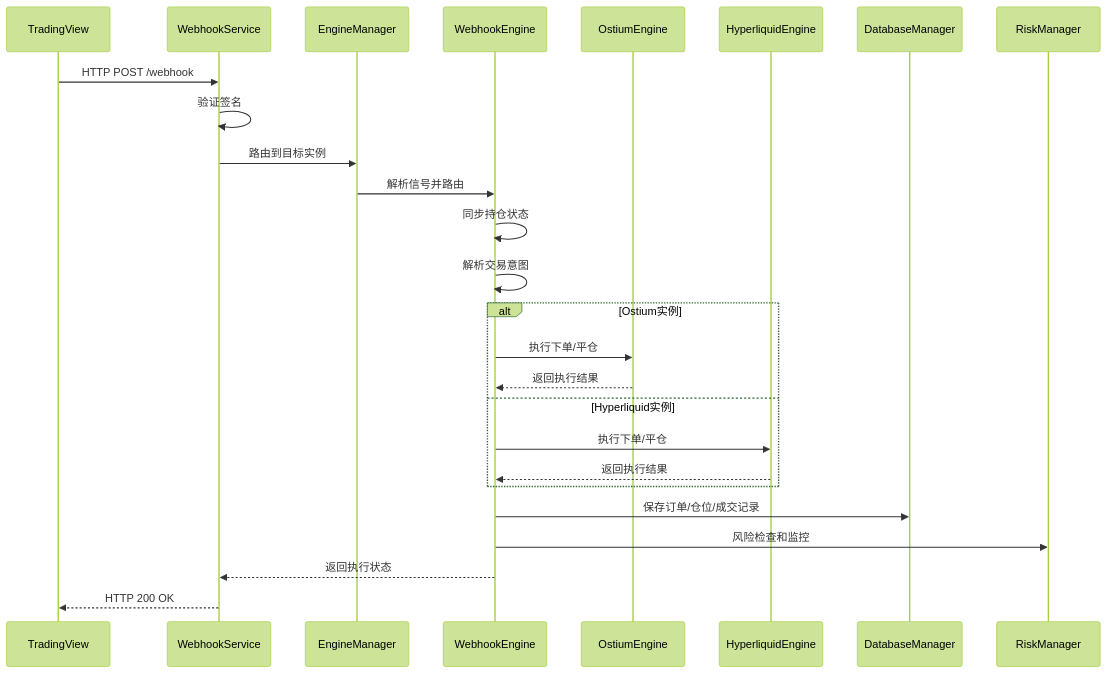
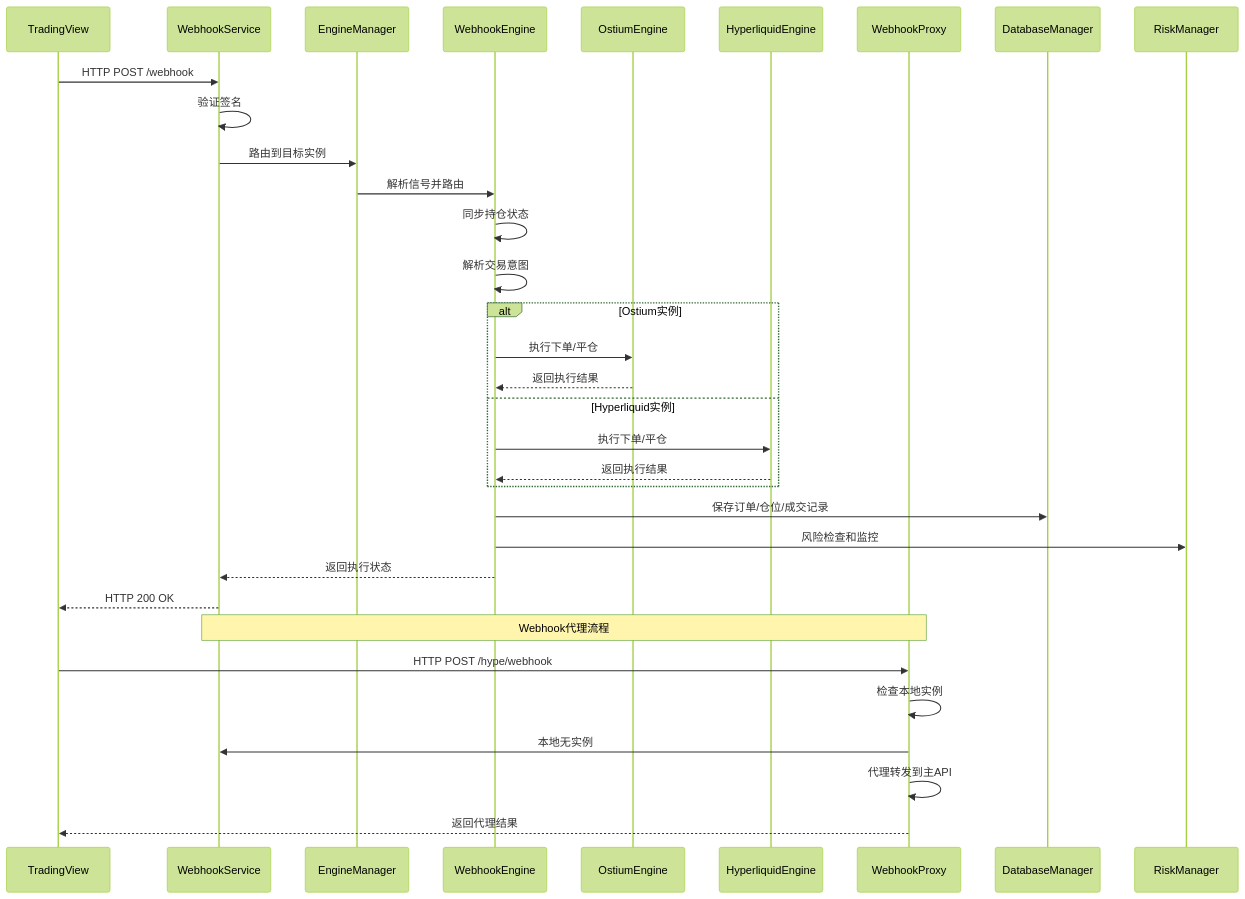
One commit to zyf266/ending changed the second of 8 diagrams in .qoder/repowiki/zh/content/核心模块详解/交易引擎/Webhook交易引擎.md. Above: the diagram before and after it, drawn with Mermaid (forest theme). The commit also changed other lines of this file and 60 other files, not shown here.

````diff
--- a/.qoder/repowiki/zh/content/核心模块详解/交易引擎/Webhook交易引擎.md
+++ b/.qoder/repowiki/zh/content/核心模块详解/交易引擎/Webhook交易引擎.md
@@ -171,28 +200,35 @@
 ```mermaid
 sequenceDiagram
 participant TV as TradingView
 participant WS as WebhookService
 participant EM as EngineManager
 participant WE as WebhookEngine
 participant OE as OstiumEngine
 participant HE as HyperliquidEngine
+participant WP as WebhookProxy
 participant DB as DatabaseManager
 participant RM as RiskManager
 TV->>WS : HTTP POST /webhook
 WS->>WS : 验证签名
 WS->>EM : 路由到目标实例
 EM->>WE : 解析信号并路由
 WE->>WE : 同步持仓状态
 WE->>WE : 解析交易意图
 alt Ostium实例
 WE->>OE : 执行下单/平仓
 OE-->>WE : 返回执行结果
 else Hyperliquid实例
 WE->>HE : 执行下单/平仓
 HE-->>WE : 返回执行结果
 end
 WE->>DB : 保存订单/仓位/成交记录
 WE->>RM : 风险检查和监控
 WE-->>WS : 返回执行状态
 WS-->>TV : HTTP 200 OK
+Note over WP,WS : Webhook代理流程
+TV->>WP : HTTP POST /hype/webhook
+WP->>WP : 检查本地实例
+WP->>WS : 本地无实例
+WP->>WP : 代理转发到主API
+WP-->>TV : 返回代理结果
 ```
````
